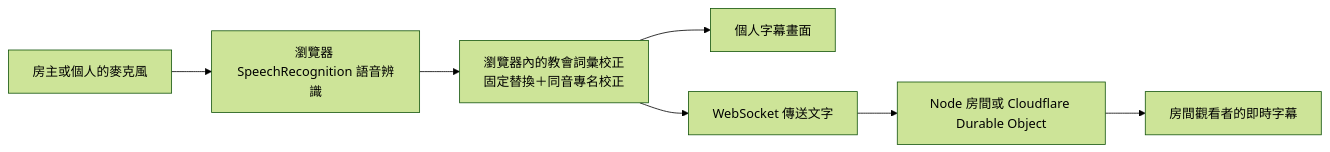
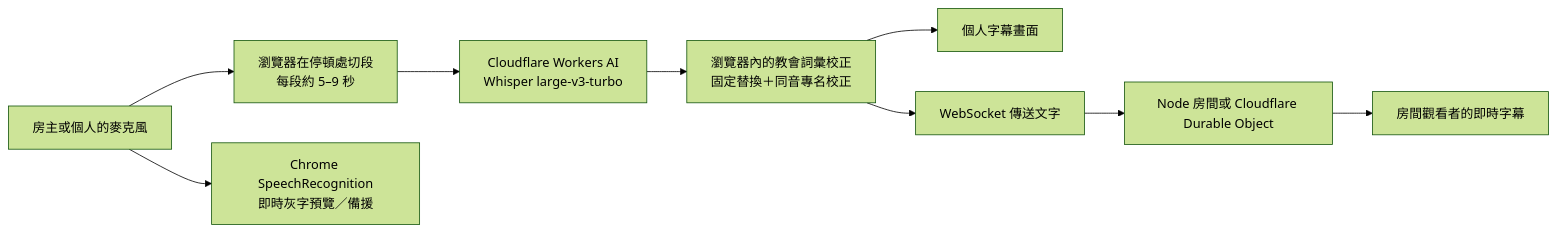
Before and after one commit to timo893131/Meeting-Live-Captions: the diagram in docs/architecture-and-speech.md, drawn with Mermaid (forest theme). The commit also changed other lines of this file and 12 other files, not shown here.

First line of the commit message:
Live captions with Whisper on Cloudflare Workers AI (Chrome as preview and fallback)

````diff
--- a/docs/architecture-and-speech.md
+++ b/docs/architecture-and-speech.md
@@ -5,9 +5,11 @@
 ```mermaid
 flowchart LR
-  Mic[房主或個人的麥克風] --> ASR[瀏覽器 SpeechRecognition 語音辨識]
-  ASR --> Terms[瀏覽器內的教會詞彙校正<br/>固定替換＋同音專名校正]
+  Mic[房主或個人的麥克風] --> Chunk[瀏覽器在停頓處切段<br/>每段約 5–9 秒]
+  Chunk --> Whisper[Cloudflare Workers AI<br/>Whisper large-v3-turbo]
+  Mic --> Preview[Chrome SpeechRecognition<br/>即時灰字預覽／備援]
+  Whisper --> Terms[瀏覽器內的教會詞彙校正<br/>固定替換＋同音專名校正]
   Terms --> Personal[個人字幕畫面]
   Terms --> WS[WebSocket 傳送文字]
   WS --> Room[Node 房間或 Cloudflare Durable Object]
   Room --> Viewers[房間觀看者的即時字幕]
 ```
````
